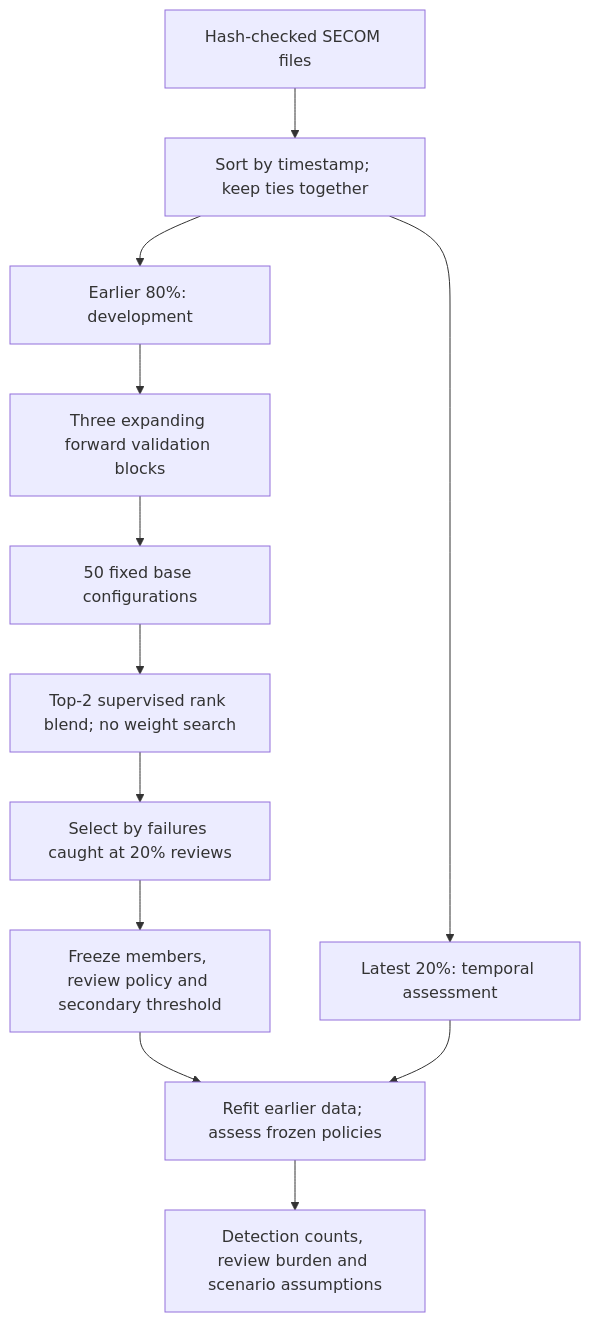
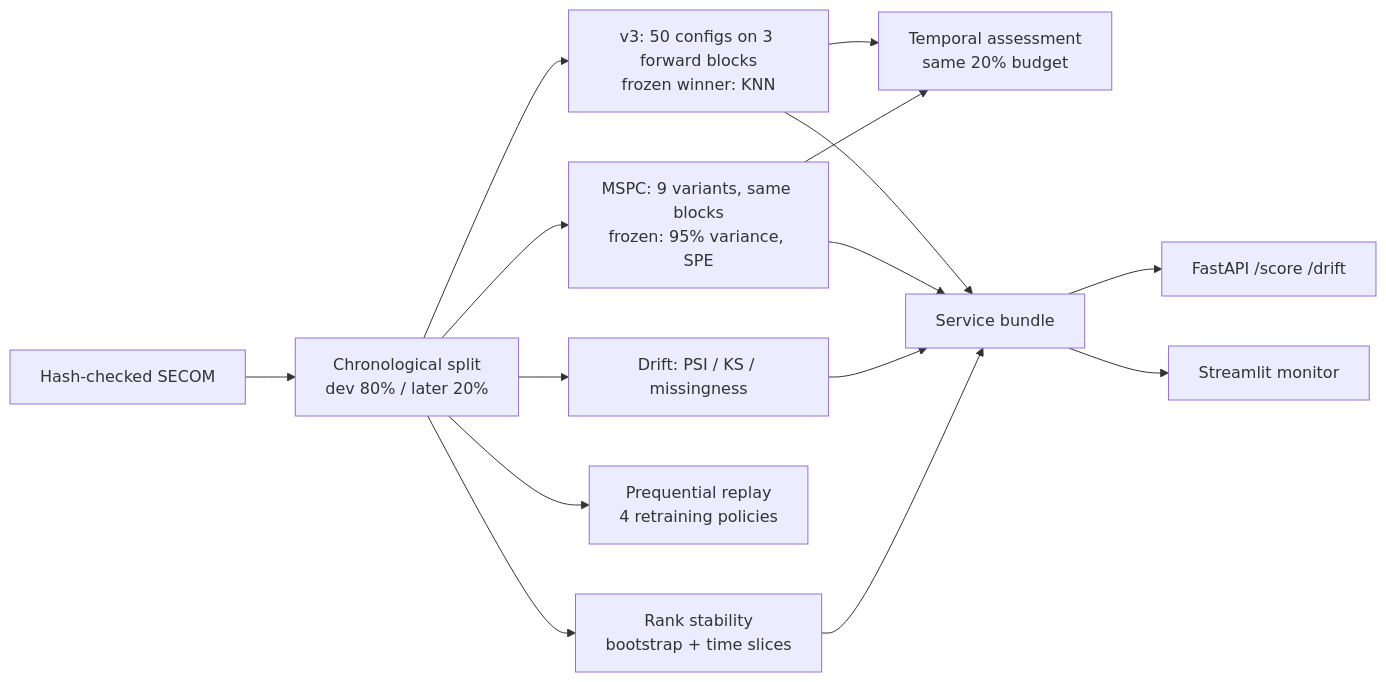
The diagram in README.md (Paul-Lai0111/semiconductor-yield-anomaly-detection), drawn with Mermaid before and after one commit. The commit also changed other lines of this file and 45 other files, not shown here.

Commit message:
Add MSPC, drift monitoring and API

````diff
--- a/README.md
+++ b/README.md
@@ -38,14 +39,17 @@
 ```mermaid
-flowchart TD
-    A[Hash-checked SECOM files] --> B[Sort by timestamp; keep ties together]
-    B --> C[Earlier 80%: development]
-    B --> H[Latest 20%: temporal assessment]
-    C --> D[Three expanding forward validation blocks]
-    D --> E[50 fixed base configurations]
-    E --> F[Top-2 supervised rank blend; no weight search]
-    F --> G[Select by failures caught at 20% reviews]
-    G --> I[Freeze members, review policy and secondary threshold]
-    I --> J[Refit earlier data; assess frozen policies]
-    H --> J
-    J --> K[Detection counts, review burden and scenario assumptions]
+flowchart LR
+    A[Hash-checked SECOM] --> B[Chronological split<br/>dev 80% / later 20%]
+    B --> C[v3: 50 configs on 3 forward blocks<br/>frozen winner: KNN]
+    B --> D[MSPC: 9 variants, same blocks<br/>frozen: 95% variance, SPE]
+    C --> E[Temporal assessment<br/>same 20% budget]
+    D --> E
+    B --> F[Drift: PSI / KS / missingness]
+    B --> G[Prequential replay<br/>4 retraining policies]
+    B --> H[Rank stability<br/>bootstrap + time slices]
+    C --> I[Service bundle]
+    D --> I
+    F --> I
+    H --> I
+    I --> J[FastAPI /score /drift]
+    I --> K[Streamlit monitor]
 ```
````
